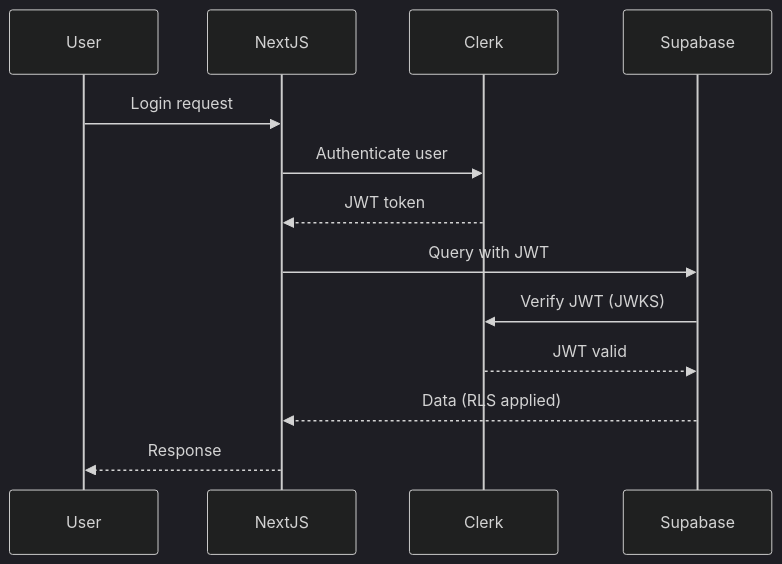
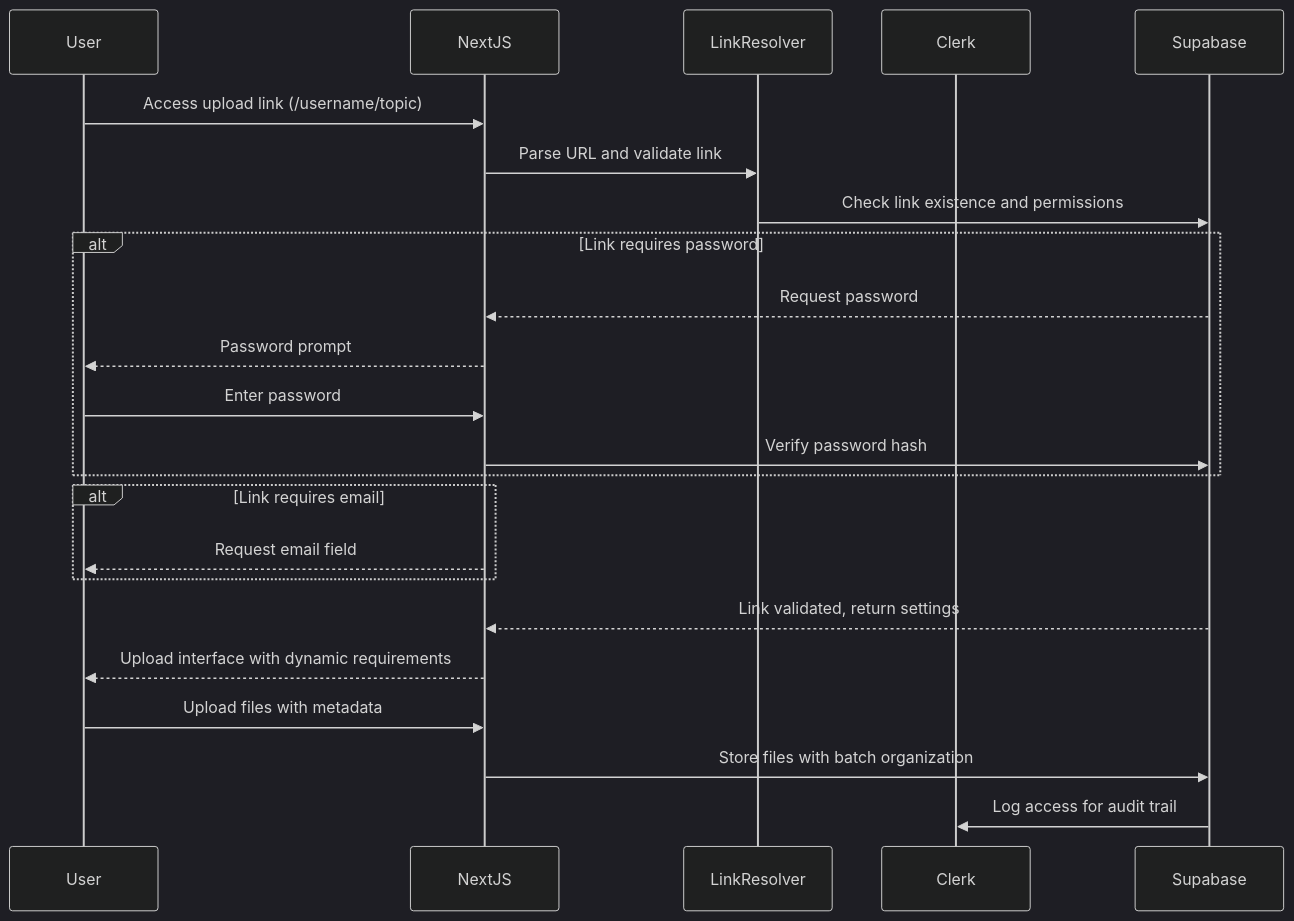
Before and after one commit to FoldlyDev/foldly: the first of 2 diagrams in docs/ARCHITECTURE.md, drawn with Mermaid (dark theme). The commit also changed other lines of this file and 36 other files, not shown here.

````diff
--- a/docs/ARCHITECTURE.md
+++ b/docs/ARCHITECTURE.md
@@ -155,16 +123,29 @@
 ```mermaid
 sequenceDiagram
     participant User
     participant NextJS
+    participant LinkResolver
     participant Clerk
     participant Supabase
 
-    User->>NextJS: Login request
-    NextJS->>Clerk: Authenticate user
-    Clerk-->>NextJS: JWT token
-    NextJS->>Supabase: Query with JWT
-    Supabase->>Clerk: Verify JWT (JWKS)
-    Clerk-->>Supabase: JWT valid
-    Supabase-->>NextJS: Data (RLS applied)
-    NextJS-->>User: Response
+    User->>NextJS: Access upload link (/username/topic)
+    NextJS->>LinkResolver: Parse URL and validate link
+    LinkResolver->>Supabase: Check link existence and permissions
+
+    alt Link requires password
+        Supabase-->>NextJS: Request password
+        NextJS-->>User: Password prompt
+        User->>NextJS: Enter password
+        NextJS->>Supabase: Verify password hash
+    end
+
+    alt Link requires email
+        NextJS-->>User: Request email field
+    end
+
+    Supabase-->>NextJS: Link validated, return settings
+    NextJS-->>User: Upload interface with dynamic requirements
+    User->>NextJS: Upload files with metadata
+    NextJS->>Supabase: Store files with batch organization
+    Supabase->>Clerk: Log access for audit trail
 ```
````
